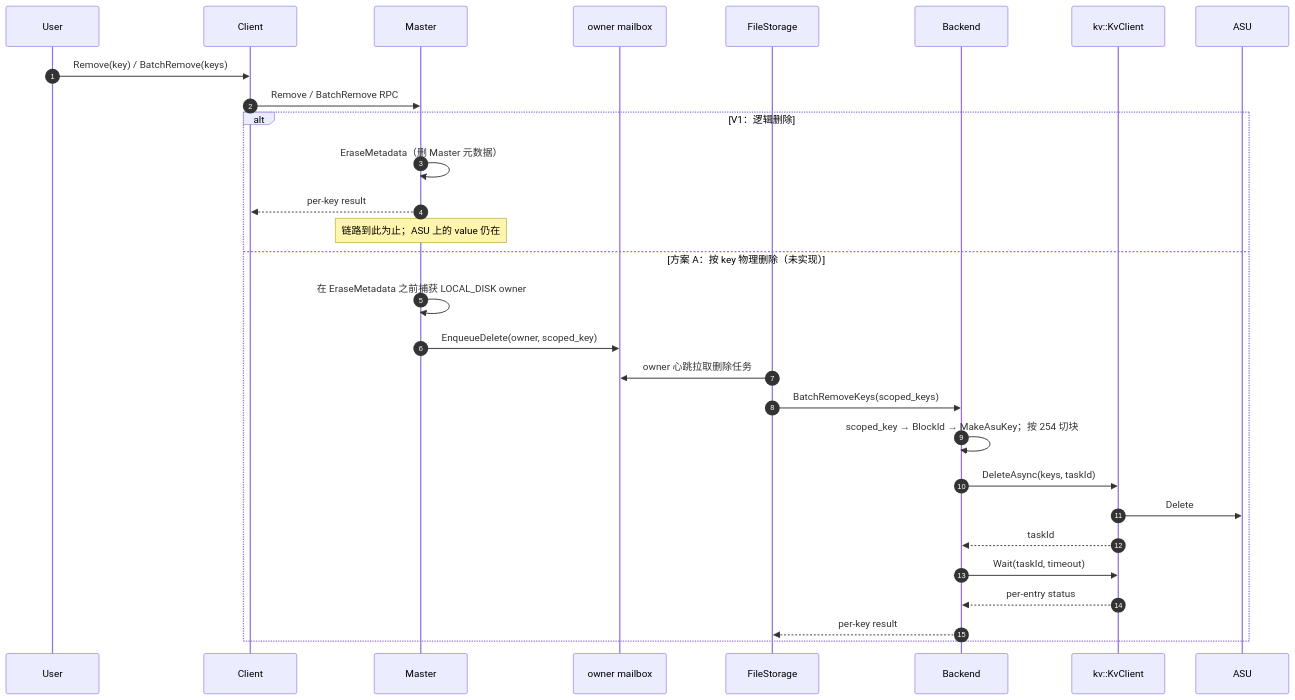
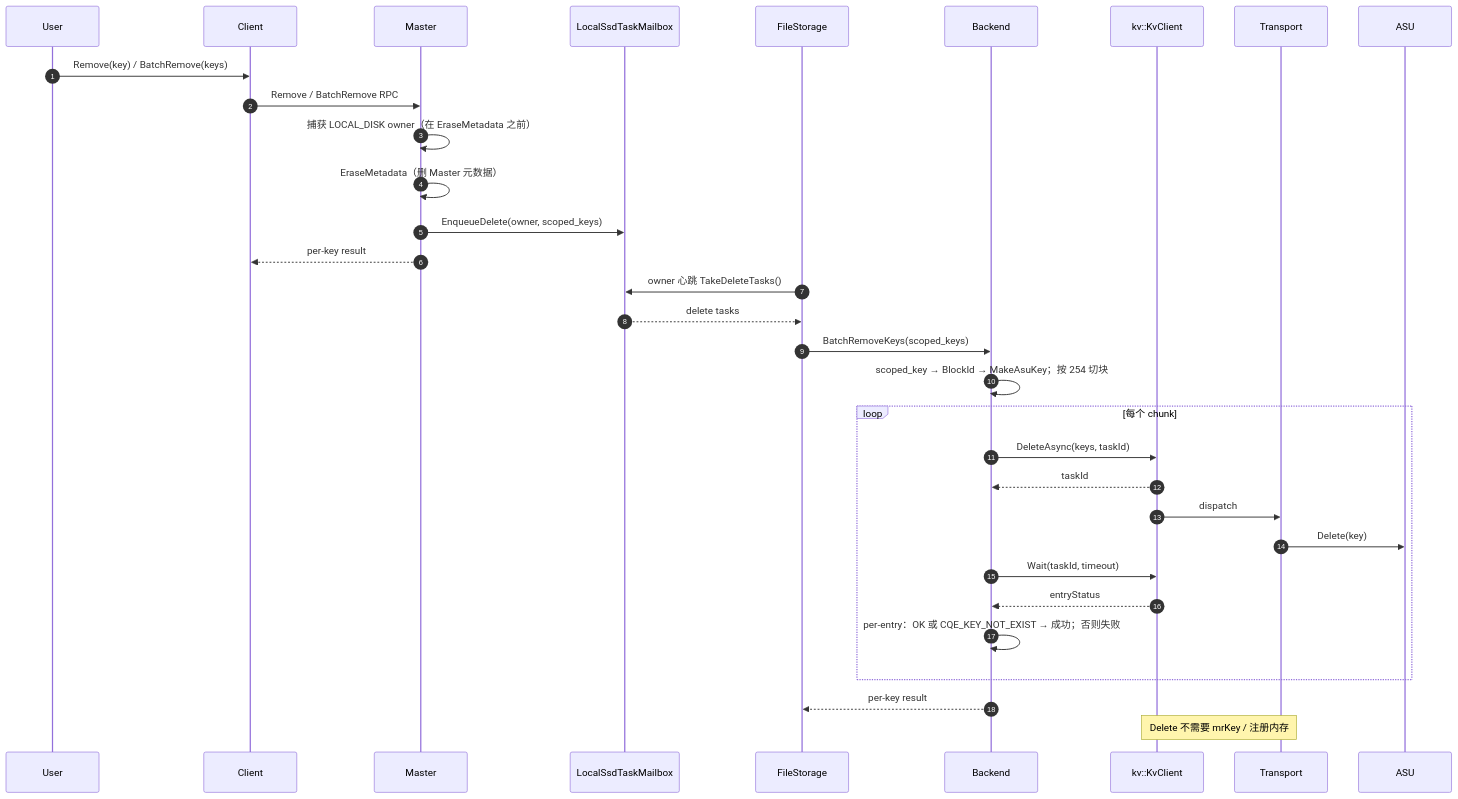
The tenth of 10 diagrams in kv-client-storage-backend-review.md (zwj20000328-dotcom/Mooncake-documents), drawn with Mermaid before and after one commit. The commit also changed other lines of this file, not shown here.

````diff
--- a/kv-client-storage-backend-review.md
+++ b/kv-client-storage-backend-review.md
@@ -562,32 +563,37 @@
 ```mermaid
 sequenceDiagram
     autonumber
     participant U as User
     participant C as Client
     participant MS as Master
-    participant MB as owner mailbox
+    participant MB as LocalSsdTaskMailbox
     participant FS as FileStorage
     participant BE as Backend
     participant KC as kv::KvClient
+    participant TR as Transport
     participant ASU as ASU
 
     U->>C: Remove(key) / BatchRemove(keys)
     C->>MS: Remove / BatchRemove RPC
-    alt V1：逻辑删除
-        MS->>MS: EraseMetadata（删 Master 元数据）
-        MS-->>C: per-key result
-        Note over MS: 链路到此为止；ASU 上的 value 仍在
-    else 方案 A：按 key 物理删除（未实现）
-        MS->>MS: 在 EraseMetadata 之前捕获 LOCAL_DISK owner
-        MS->>MB: EnqueueDelete(owner, scoped_key)
-        FS->>MB: owner 心跳拉取删除任务
-        FS->>BE: BatchRemoveKeys(scoped_keys)
-        BE->>BE: scoped_key → BlockId → MakeAsuKey；按 254 切块
+    MS->>MS: 捕获 LOCAL_DISK owner（在 EraseMetadata 之前）
+    MS->>MS: EraseMetadata（删 Master 元数据）
+    MS->>MB: EnqueueDelete(owner, scoped_keys)
+    MS-->>C: per-key result
+
+    FS->>MB: owner 心跳 TakeDeleteTasks()
+    MB-->>FS: delete tasks
+    FS->>BE: BatchRemoveKeys(scoped_keys)
+    BE->>BE: scoped_key → BlockId → MakeAsuKey；按 254 切块
+
+    loop 每个 chunk
         BE->>KC: DeleteAsync(keys, taskId)
-        KC->>ASU: Delete
         KC-->>BE: taskId
+        KC->>TR: dispatch
+        TR->>ASU: Delete(key)
         BE->>KC: Wait(taskId, timeout)
-        KC-->>BE: per-entry status
-        BE-->>FS: per-key result
+        KC-->>BE: entryStatus
+        BE->>BE: per-entry：OK 或 CQE_KEY_NOT_EXIST → 成功；否则失败
     end
+    BE-->>FS: per-key result
+    Note over KC,TR: Delete 不需要 mrKey / 注册内存
 ```
````
